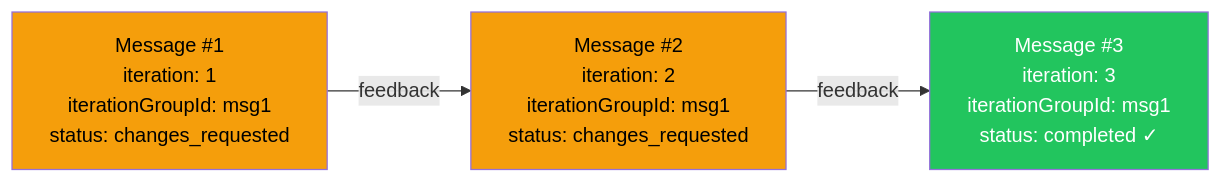
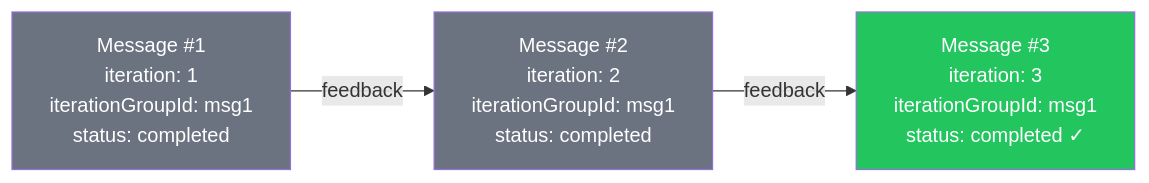
The second of 4 diagrams in docs/concepts/iterations.mdx (placet-io/placet), drawn with Mermaid before and after one commit. The commit also changed other lines of this file and 20 other files, not shown here.

Commit message:
refactor: remove 'changes_requested' status and update review response handling (#12)

````diff
--- a/docs/concepts/iterations.mdx
+++ b/docs/concepts/iterations.mdx
@@ -51,12 +52,12 @@
 ```mermaid
 flowchart LR
-    M1["Message #1<br/>iteration: 1<br/>iterationGroupId: msg1<br/>status: changes_requested"]
-    M2["Message #2<br/>iteration: 2<br/>iterationGroupId: msg1<br/>status: changes_requested"]
+    M1["Message #1<br/>iteration: 1<br/>iterationGroupId: msg1<br/>status: completed"]
+    M2["Message #2<br/>iteration: 2<br/>iterationGroupId: msg1<br/>status: completed"]
     M3["Message #3<br/>iteration: 3<br/>iterationGroupId: msg1<br/>status: completed ✓"]
 
     M1 -->|feedback| M2 -->|feedback| M3
 
-    style M1 fill:#f59e0b,color:#000
-    style M2 fill:#f59e0b,color:#000
+    style M1 fill:#6b7280,color:#fff
+    style M2 fill:#6b7280,color:#fff
     style M3 fill:#22c55e,color:#fff
 ```
````
